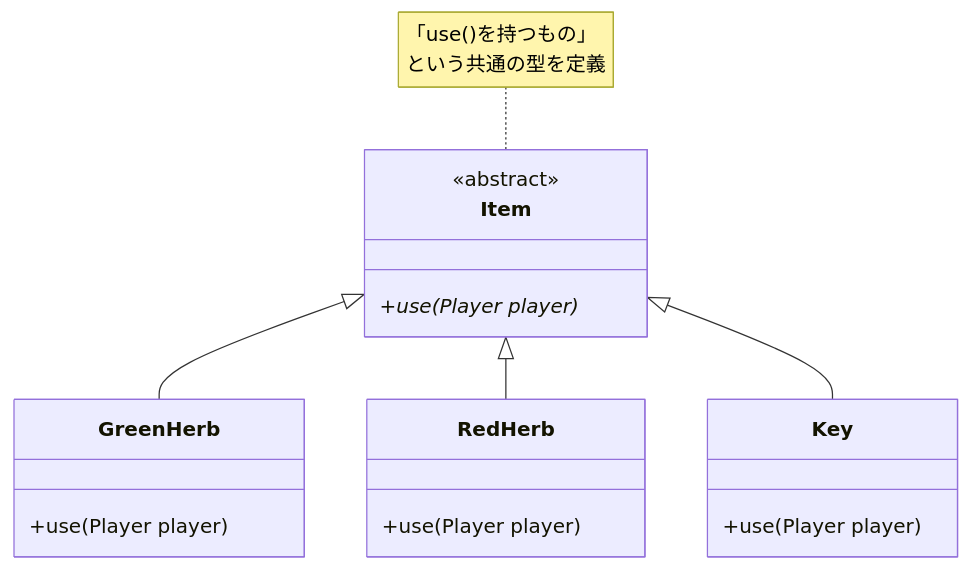
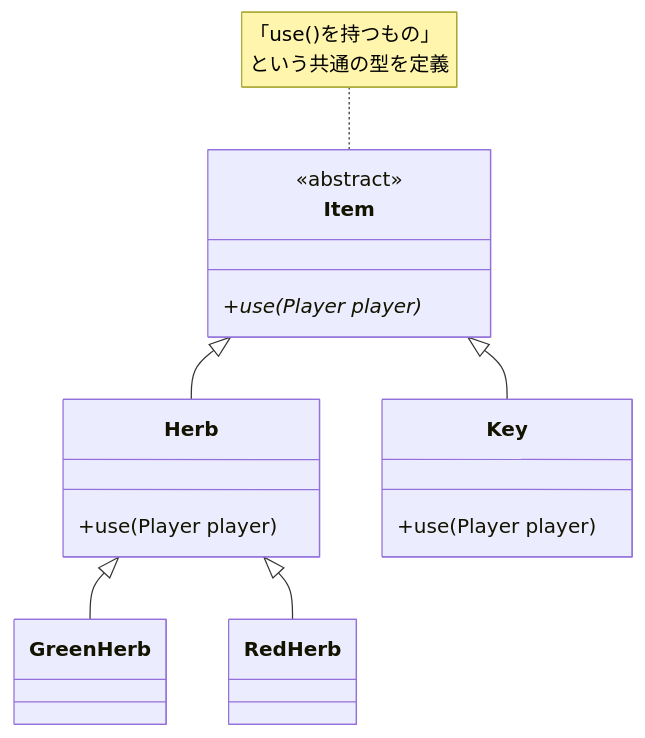
The tenth of 12 diagrams in Cplus/chapter-05-limits.md (fuddt/Cplus), drawn with Mermaid before and after one commit. The commit also changed 18 other files, not shown here.

````diff
--- a/Cplus/chapter-05-limits.md
+++ b/Cplus/chapter-05-limits.md
@@ -316,25 +316,25 @@
 ```mermaid
 classDiagram
     class Item {
         <<abstract>>
         +use(Player player)*
     }
 
-    class GreenHerb {
+    class Herb {
         +use(Player player)
     }
 
-    class RedHerb {
-        +use(Player player)
-    }
+    class GreenHerb
+    class RedHerb
 
     class Key {
         +use(Player player)
     }
 
-    Item <|-- GreenHerb
-    Item <|-- RedHerb
+    Item <|-- Herb
+    Herb <|-- GreenHerb
+    Herb <|-- RedHerb
     Item <|-- Key
 
     note for Item "「use()を持つもの」<br/>という共通の型を定義"
 ```
````
